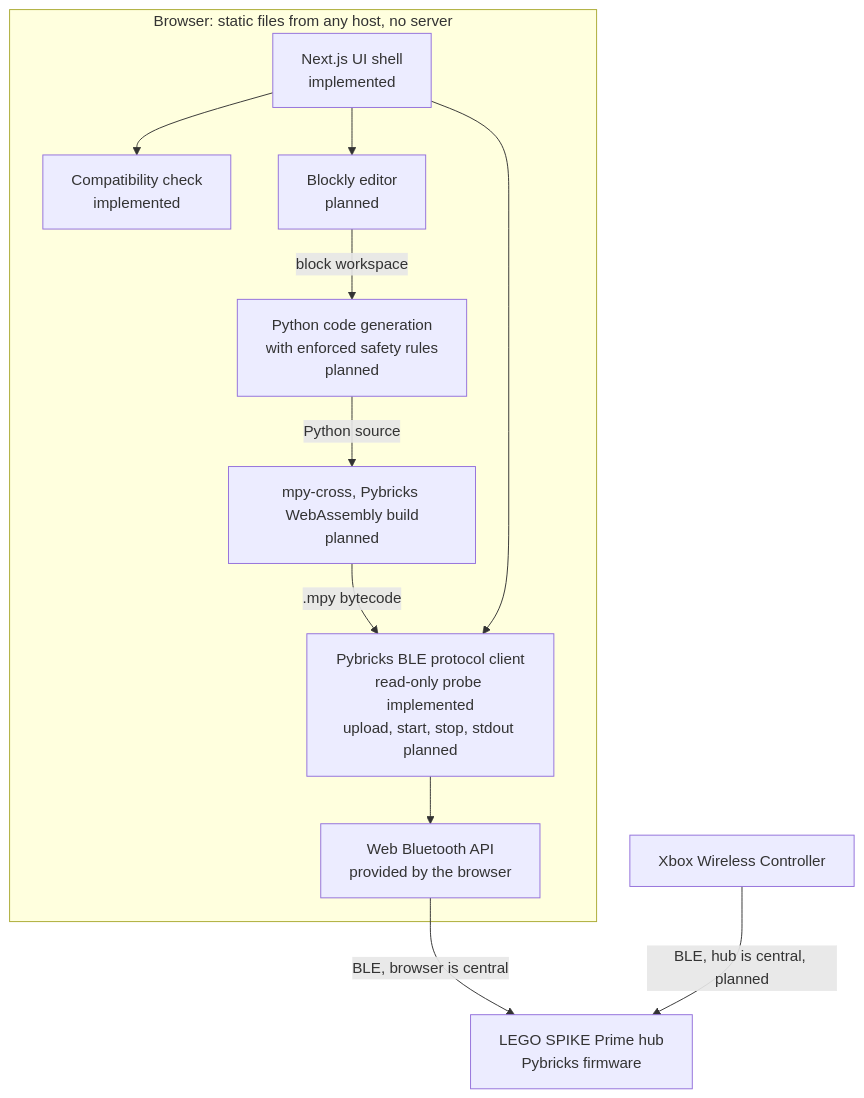
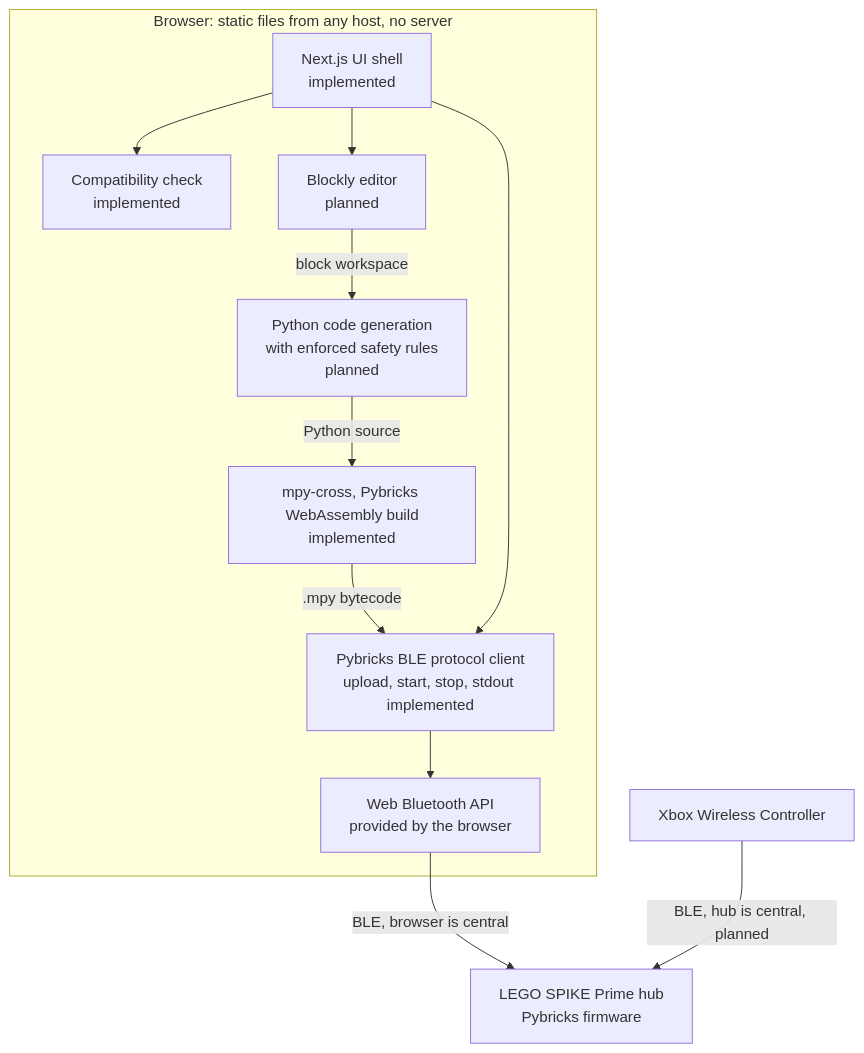
One commit to lumduan/matpilot changed the diagram in docs/architecture.md. Above: the diagram before and after it, drawn with Mermaid. The commit also changed other lines of this file and 32 other files, not shown here.

````diff
--- a/docs/architecture.md
+++ b/docs/architecture.md
@@ -11,25 +11,25 @@
 ```mermaid
 flowchart TD
     subgraph BROWSER["Browser: static files from any host, no server"]
         UI["Next.js UI shell<br/>implemented"]
         COMPAT["Compatibility check<br/>implemented"]
         BLOCKLY["Blockly editor<br/>planned"]
         CODEGEN["Python code generation<br/>with enforced safety rules<br/>planned"]
-        MPY["mpy-cross, Pybricks WebAssembly build<br/>planned"]
-        PROTO["Pybricks BLE protocol client<br/>read-only probe implemented<br/>upload, start, stop, stdout planned"]
+        MPY["mpy-cross, Pybricks WebAssembly build<br/>implemented"]
+        PROTO["Pybricks BLE protocol client<br/>upload, start, stop, stdout implemented"]
         WEBBT["Web Bluetooth API<br/>provided by the browser"]
     end
 
     HUB["LEGO SPIKE Prime hub<br/>Pybricks firmware"]
     PAD["Xbox Wireless Controller"]
 
     UI --> COMPAT
     UI --> BLOCKLY
     BLOCKLY -->|"block workspace"| CODEGEN
     CODEGEN -->|"Python source"| MPY
     MPY -->|".mpy bytecode"| PROTO
     UI --> PROTO
     PROTO --> WEBBT
     WEBBT -->|"BLE, browser is central"| HUB
     PAD -->|"BLE, hub is central, planned"| HUB
 ```
````
